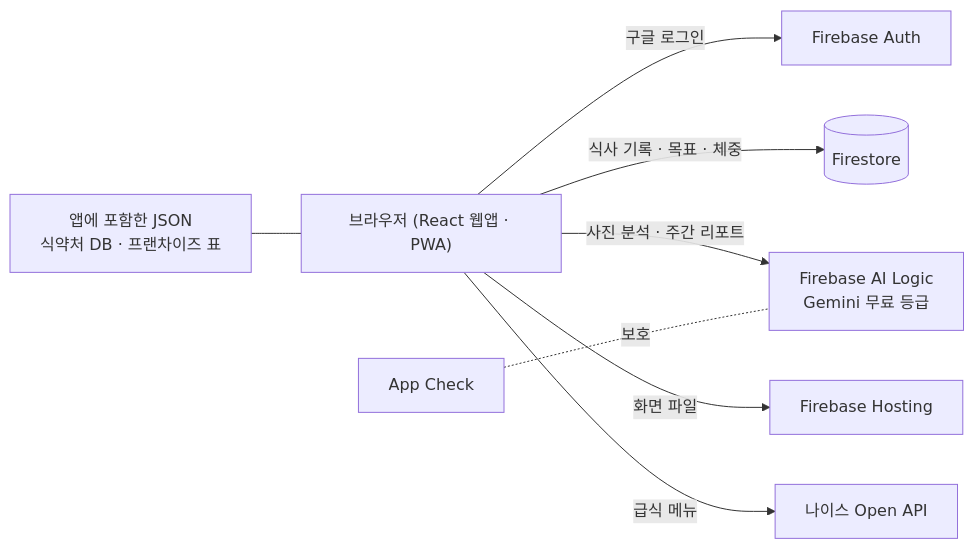
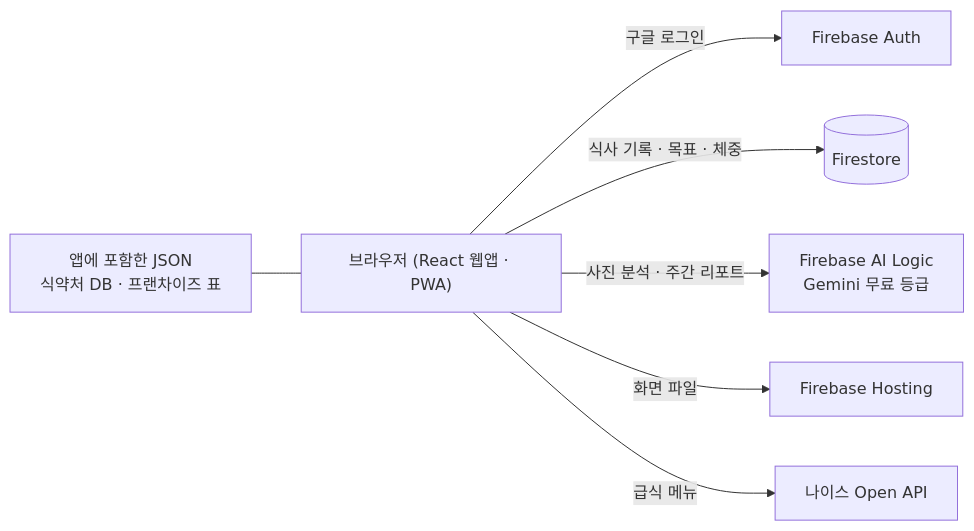
The diagram in README.md (ninecastle/meal-intake), drawn with Mermaid before and after one commit. The commit also changed other lines of this file and 5 other files, not shown here.

Commit message:
README 고침: 화면 사진 5장(Jua), 리포트 한도, 분당·하루 한도 안내 구분, 검색 단계는 미구현, App Check "보호" 표시와 Pretendard 표기 뺌

````diff
--- a/README.md
+++ b/README.md
@@ -53,11 +80,10 @@
 ```mermaid
 flowchart LR
   B["브라우저 (React 웹앱 · PWA)"]
   B -->|구글 로그인| A[Firebase Auth]
   B -->|식사 기록 · 목표 · 체중| F[(Firestore)]
   B -->|사진 분석 · 주간 리포트| G["Firebase AI Logic<br/>Gemini 무료 등급"]
   B -->|화면 파일| H[Firebase Hosting]
   B -->|급식 메뉴| N[나이스 Open API]
   D["앱에 포함한 JSON<br/>식약처 DB · 프랜차이즈 표"] --- B
-  C[App Check] -.보호.- G
 ```
````
